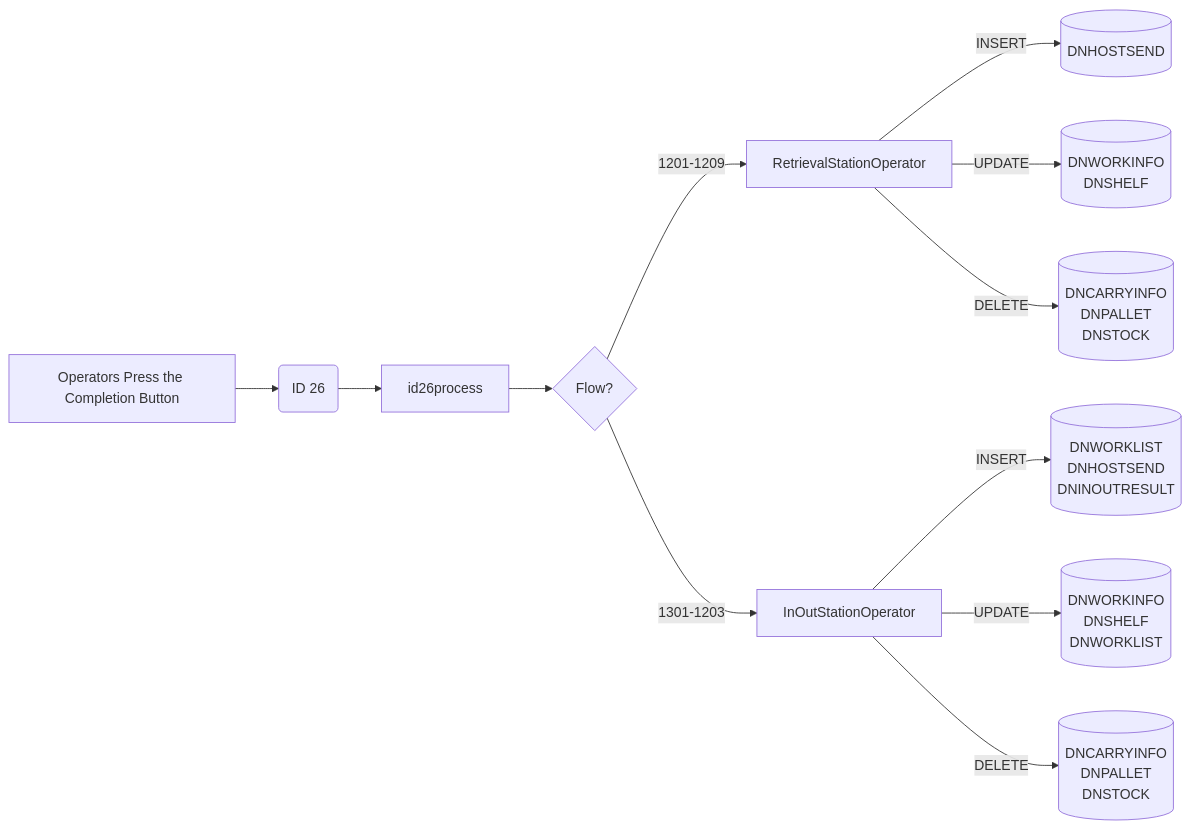
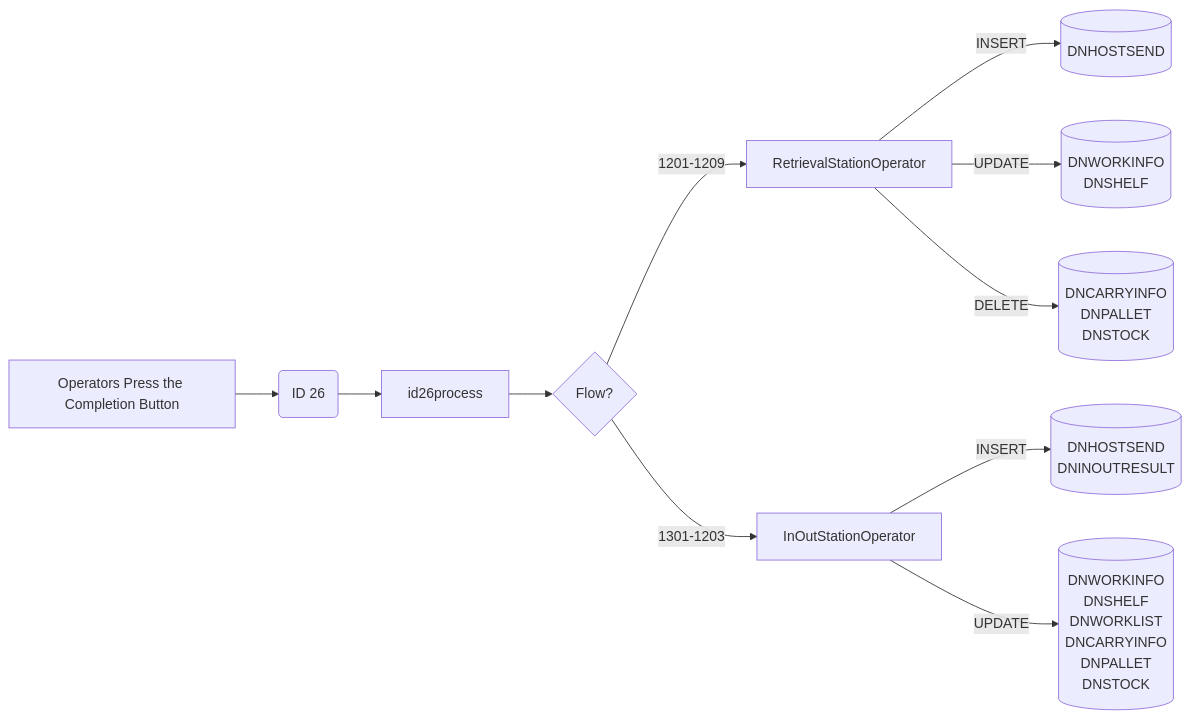
One commit to luthfiadityaa/SimeDarby-Wiki changed diagram 19 of 19 in Basic-Design/DFD-WMS/Retrieval/Specific-Location-Retrieval-Setting.md. Above: the diagram before and after it, drawn with Mermaid.

Commit message:
Updated Specific Location Retrieval Setting

```diff
--- a/Basic-Design/DFD-WMS/Retrieval/Specific-Location-Retrieval-Setting.md
+++ b/Basic-Design/DFD-WMS/Retrieval/Specific-Location-Retrieval-Setting.md
@@ -834,62 +834,57 @@
 ::: mermaid
 flowchart LR
 
 buttonclicked["
 Operators Press the Completion Button
 "]
 
 id26msg("
 ID 26
 ")
 
 
 id26-updateRt[("
 DNWORKINFO
 DNSHELF
 ")]
 
 id26-deleteRt[("
 DNCARRYINFO
 DNPALLET
 DNSTOCK
 ")]
 
 id26-insertRt[("
 DNHOSTSEND
 ")]
 
 id26-updateIo[("
 DNWORKINFO
 DNSHELF
 DNWORKLIST
-")]
-
-id26-deleteIo[("
 DNCARRYINFO
 DNPALLET
 DNSTOCK
 ")]
 
 id26-insertIo[("
-DNWORKLIST
 DNHOSTSEND
 DNINOUTRESULT
 ")]
 
 id26process[id26process]
 
 buttonclicked --> id26msg
 id26msg -->id26process-->Cond1{Flow?}
 
 RetrievalStationOperator--> |INSERT| id26-insertRt 
 RetrievalStationOperator--> |UPDATE| id26-updateRt 
 RetrievalStationOperator--> |DELETE| id26-deleteRt 
 
 Cond1{Flow?} --> |1201-1209| RetrievalStationOperator
 Cond1{Flow?} --> |1301-1203| InOutStationOperator
 
 InOutStationOperator --> |INSERT| id26-insertIo
 InOutStationOperator --> |UPDATE| id26-updateIo
-InOutStationOperator --> |DELETE| id26-deleteIo
 
 :::
```
